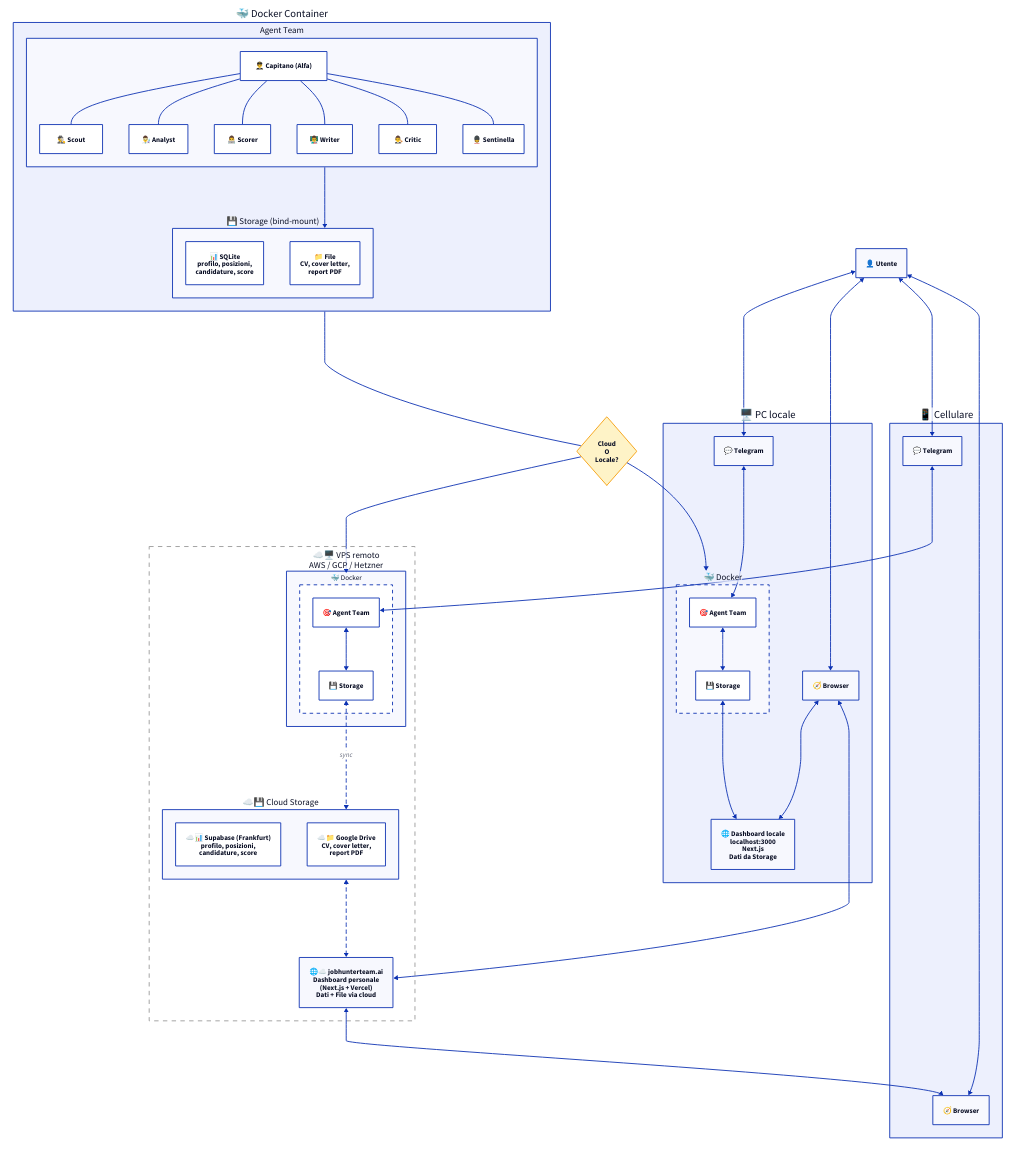
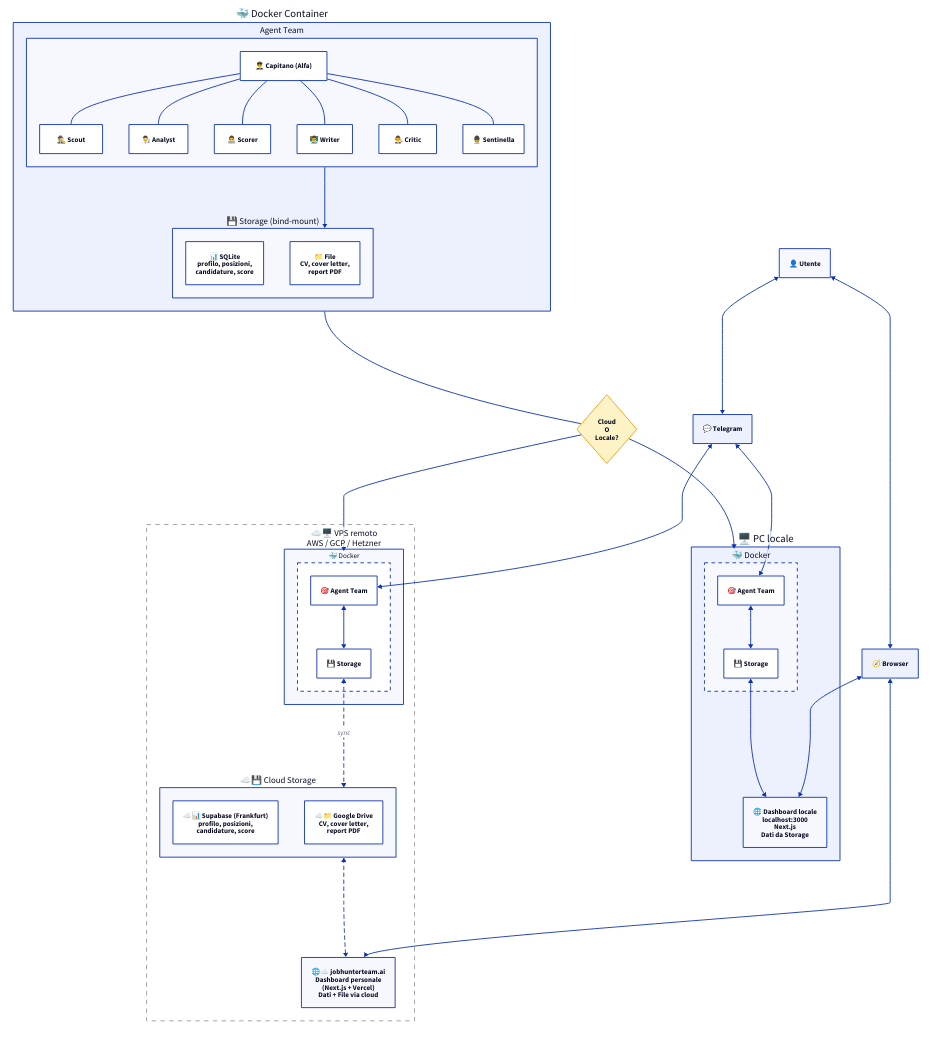
The diagram in docs/infra.d2 (leopu00/job-hunter-team), drawn with D2 before and after one commit.

Commit message:
docs(infra): unify telegram and browser, remove cell
Telegram and Browser boxes deduplicated and hoisted outside PC. Cellulare
container removed (no longer needed as a separate device).

```diff
--- a/docs/infra.d2
+++ b/docs/infra.d2
@@ -1,113 +1,106 @@
 direction: down
 
 row1: "" {
   style: {
     stroke: transparent
     fill: transparent
   }
   direction: right
 
   docker: "🐳 Docker Container" {
     team: "Agent Team" {
       capitano: "👨‍✈️ Capitano (Alfa)"
       scout: "🕵️‍♂️ Scout"
       analyst: "👨‍🔬 Analyst"
       scorer: "👨‍💻 Scorer"
       writer: "👨‍🏫 Writer"
       critic: "👨‍⚖️ Critic"
       sentinella: "💂 Sentinella"
 
       capitano -- scout
       capitano -- analyst
       capitano -- scorer
       capitano -- writer
       capitano -- critic
       capitano -- sentinella
     }
 
     storage: "💾 Storage (bind-mount)" {
       sqlite: "📊 SQLite\nprofilo, posizioni,\ncandidature, score"
       file: "📁 File\nCV, cover letter,\nreport PDF"
     }
 
     team -> storage
   }
 
   cloud_col: "" {
     style: {
       stroke: "#999"
       stroke-dash: 5
       fill: transparent
     }
     cloud: "☁️💾 Cloud Storage" {
       supabase: "☁️📊 Supabase (Frankfurt)\nprofilo, posizioni,\ncandidature, score"
       gdrive: "☁️📁 Google Drive\nCV, cover letter,\nreport PDF"
     }
     site: "🌐☁️ jobhunterteam.ai\nDashboard personale\n(Next.js + Vercel)\nDati + File via cloud"
     vps: "☁️🖥️ VPS remoto\nAWS / GCP / Hetzner" {
       docker: "🐳 Docker" {
         style.stroke-dash: 4
         team: "🎯 Agent Team"
         storage: "💾 Storage"
       }
     }
     cloud <-> site: {
       style.stroke-dash: 4
     }
   }
 
 }
 
 row2: "" {
   style: {
     stroke: transparent
     fill: transparent
   }
   direction: right
 
   pc: "🖥️ PC locale" {
     docker: "🐳 Docker" {
       style.stroke-dash: 4
       team: "🎯 Agent Team"
       storage: "💾 Storage"
     }
     dashboard_locale: "🌐 Dashboard locale\nlocalhost:3000\nNext.js\nDati da Storage"
-    telegram: "💬 Telegram"
-    browser: "🧭 Browser"
   }
-  cell: "📱 Cellulare" {
-    telegram: "💬 Telegram"
-    browser: "🧭 Browser"
-  }
+  telegram: "💬 Telegram"
+  browser: "🧭 Browser"
 }
 
 utente: "👤 Utente"
 junction: "Cloud\nO\nLocale?" {
   shape: diamond
   style: {
     fill: "#fef3c7"
     stroke: "#f59e0b"
     stroke-width: 2
   }
 }
 
-row1.cloud_col.site <-> row2.cell.browser
 row1.cloud_col.vps.docker.storage <-> row1.cloud_col.cloud: sync {
   style.stroke-dash: 4
 }
 row2.pc.docker.storage <-> row2.pc.dashboard_locale
-row2.pc.browser <-> row1.cloud_col.site
+row2.browser <-> row1.cloud_col.site
 row1.docker -> junction: {
   target-arrowhead.shape: none
 }
 junction -> row2.pc.docker
 junction -> row1.cloud_col.vps.docker
 row2.pc.docker.team <-> row2.pc.docker.storage
 row1.cloud_col.vps.docker.team <-> row1.cloud_col.vps.docker.storage
-utente <-> row2.pc.browser
-row2.pc.browser <-> row2.pc.dashboard_locale
-utente <-> row2.cell.browser
-utente <-> row2.pc.telegram
-utente <-> row2.cell.telegram
-row2.pc.telegram <-> row2.pc.docker.team
-row2.cell.telegram <-> row1.cloud_col.vps.docker.team
+utente <-> row2.browser
+row2.browser <-> row2.pc.dashboard_locale
+utente <-> row2.telegram
+row2.telegram <-> row2.pc.docker.team
+row2.telegram <-> row1.cloud_col.vps.docker.team
```
